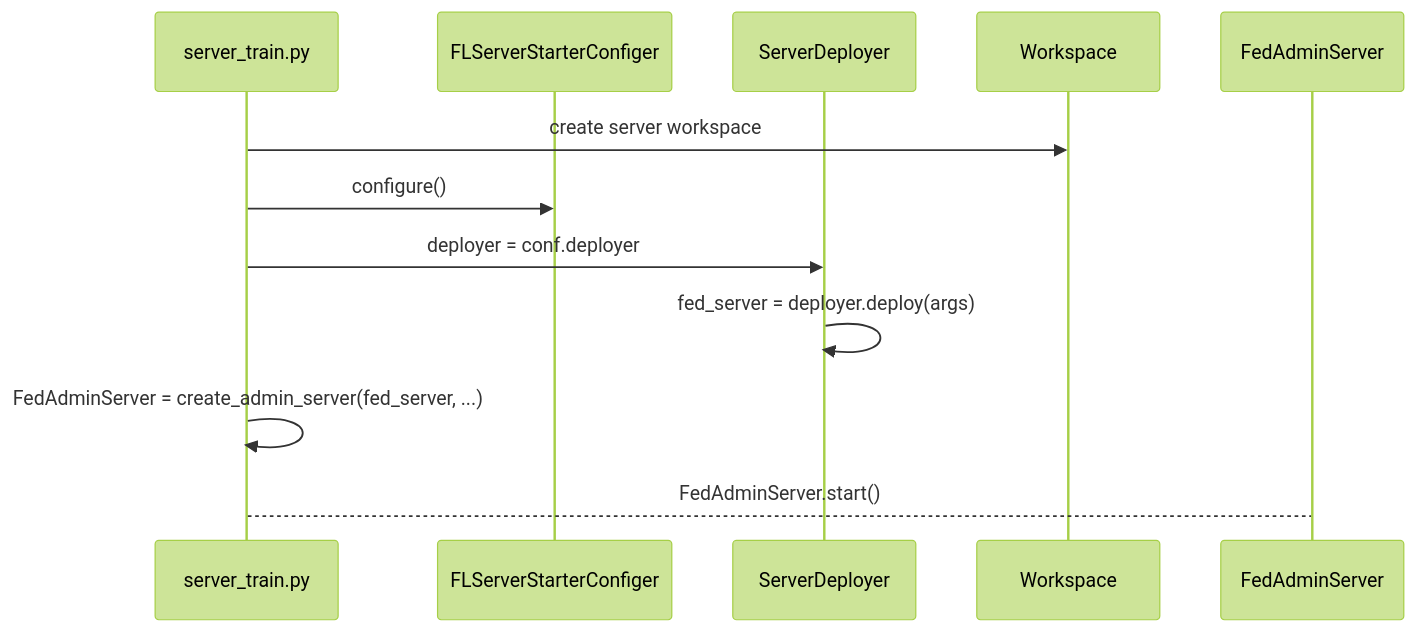
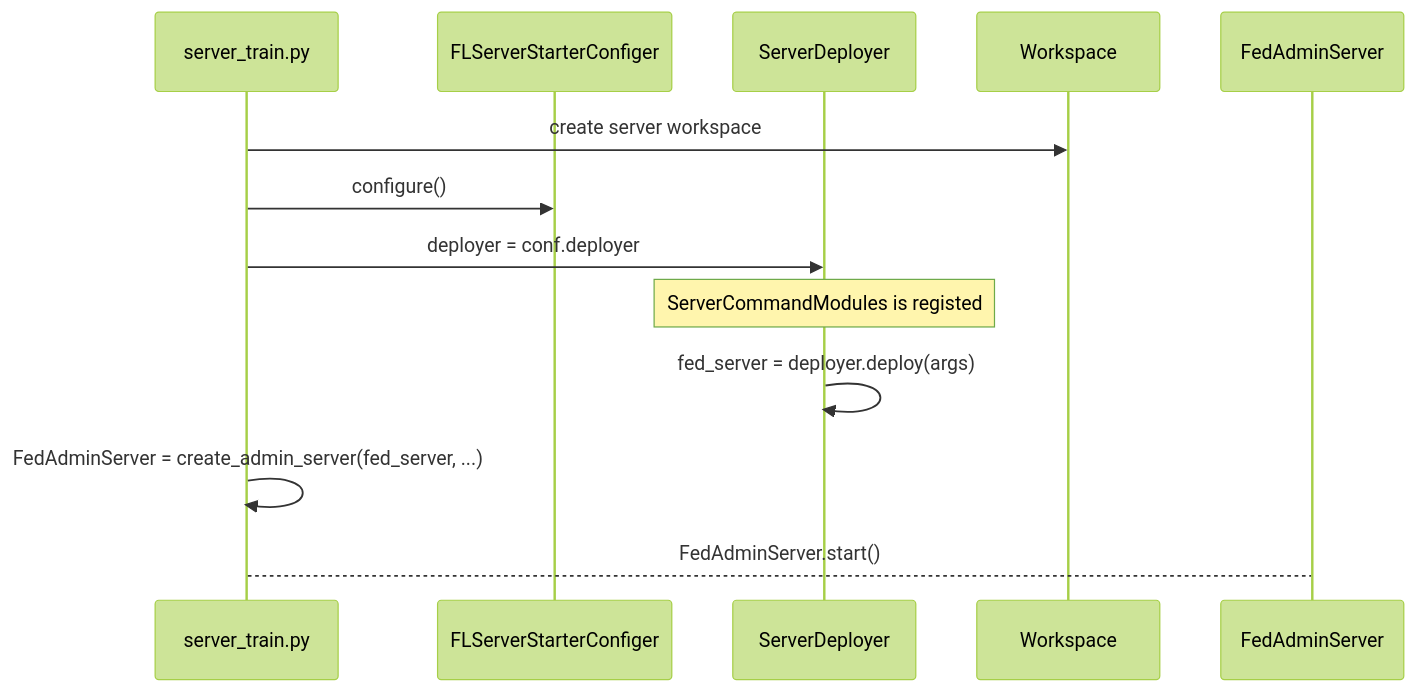
The fifth of 16 diagrams in docs/system_state_and_flow/system_workflow.md (hitesh-ag1/NVFlare), drawn with Mermaid (forest theme) before and after one commit. The commit also changed other lines of this file, not shown here.

Commit message:
Complete the job process sequence diagram

````diff
--- a/docs/system_state_and_flow/system_workflow.md
+++ b/docs/system_state_and_flow/system_workflow.md
@@ -123,15 +123,16 @@
 ```mermaid
 sequenceDiagram
     participant server_train.py
     participant FLServerStarterConfiger
     participant ServerDeployer
     participant Workspace
     participant FedAdminServer
     
     server_train.py ->> Workspace: create server workspace
     server_train.py ->> FLServerStarterConfiger: configure()
     server_train.py ->> ServerDeployer: deployer = conf.deployer
+    note over ServerDeployer : ServerCommandModules is registed 
     ServerDeployer ->>  ServerDeployer: fed_server = deployer.deploy(args)
     server_train.py ->> server_train.py: FedAdminServer = create_admin_server(fed_server, ...)
     server_train.py --> FedAdminServer: FedAdminServer.start()
 ```
````
